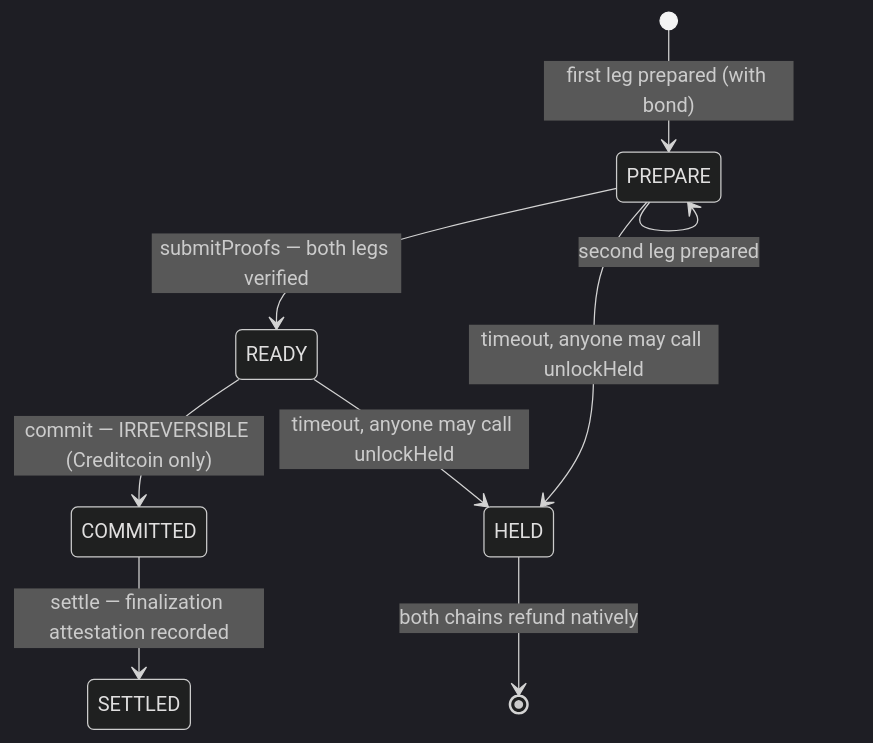
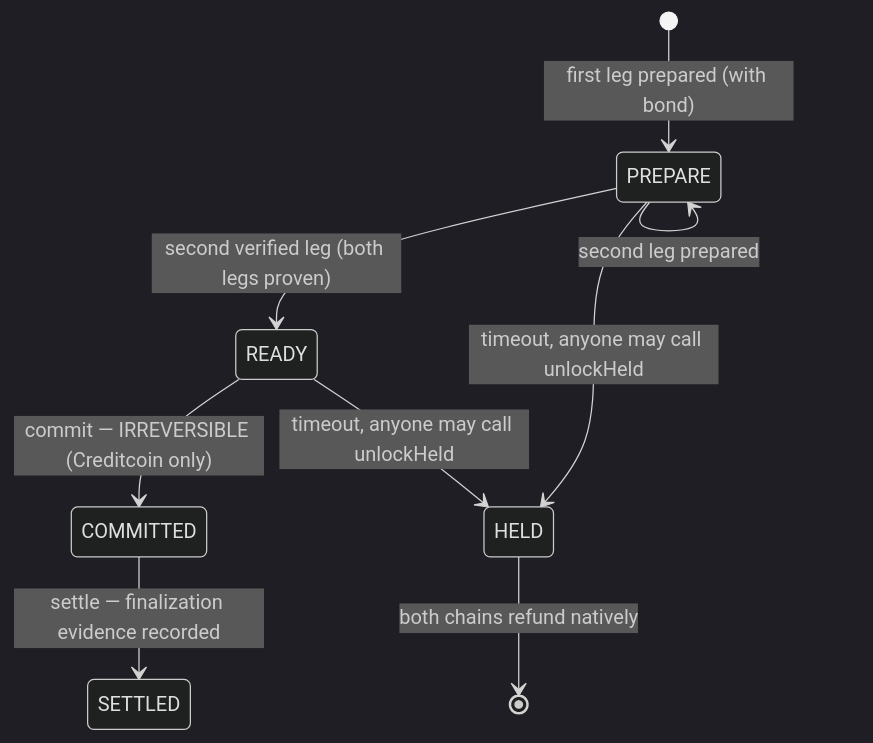
The second of 2 diagrams in README.md (zarkbns/handshake), drawn with Mermaid (dark theme) before and after one commit. The commit also changed other lines of this file and 4 other files, not shown here.

````diff
--- a/README.md
+++ b/README.md
@@ -112,11 +113,11 @@
 ```mermaid
 stateDiagram-v2
     [*] --> PREPARE: first leg prepared (with bond)
     PREPARE --> PREPARE: second leg prepared
-    PREPARE --> READY: submitProofs — both legs verified
+    PREPARE --> READY: second verified leg (both legs proven)
     READY --> COMMITTED: commit — IRREVERSIBLE (Creditcoin only)
-    COMMITTED --> SETTLED: settle — finalization attestation recorded
+    COMMITTED --> SETTLED: settle — finalization evidence recorded
     PREPARE --> HELD: timeout, anyone may call unlockHeld
     READY --> HELD: timeout, anyone may call unlockHeld
     HELD --> [*]: both chains refund natively
 ```
````
